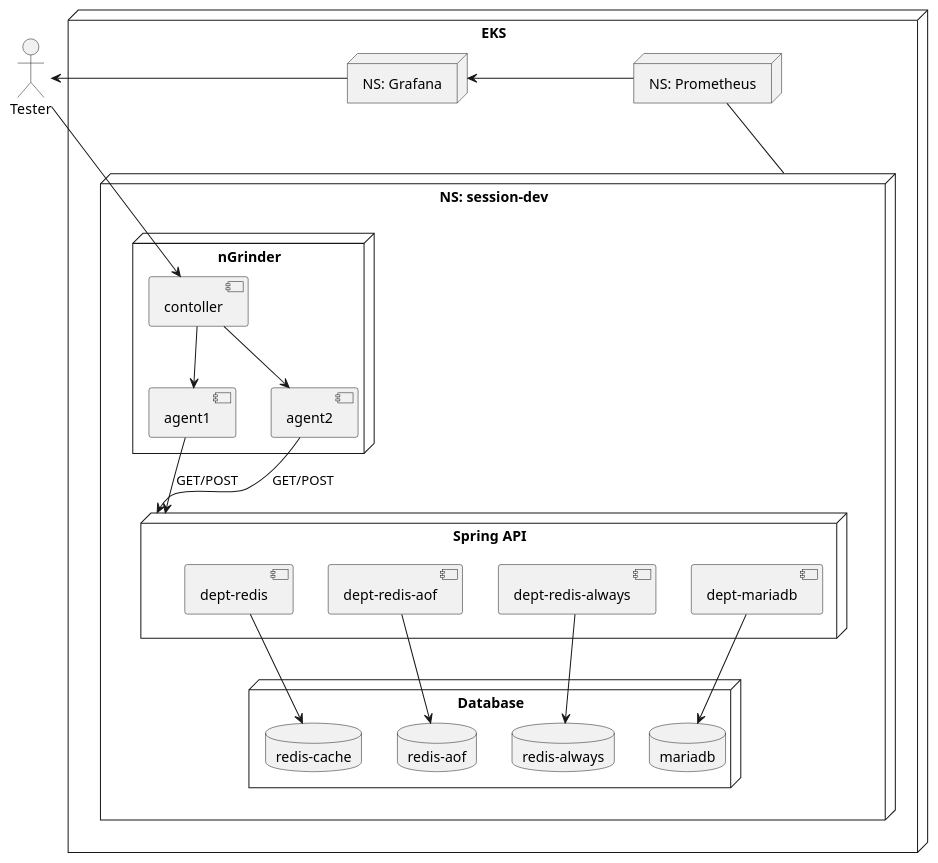
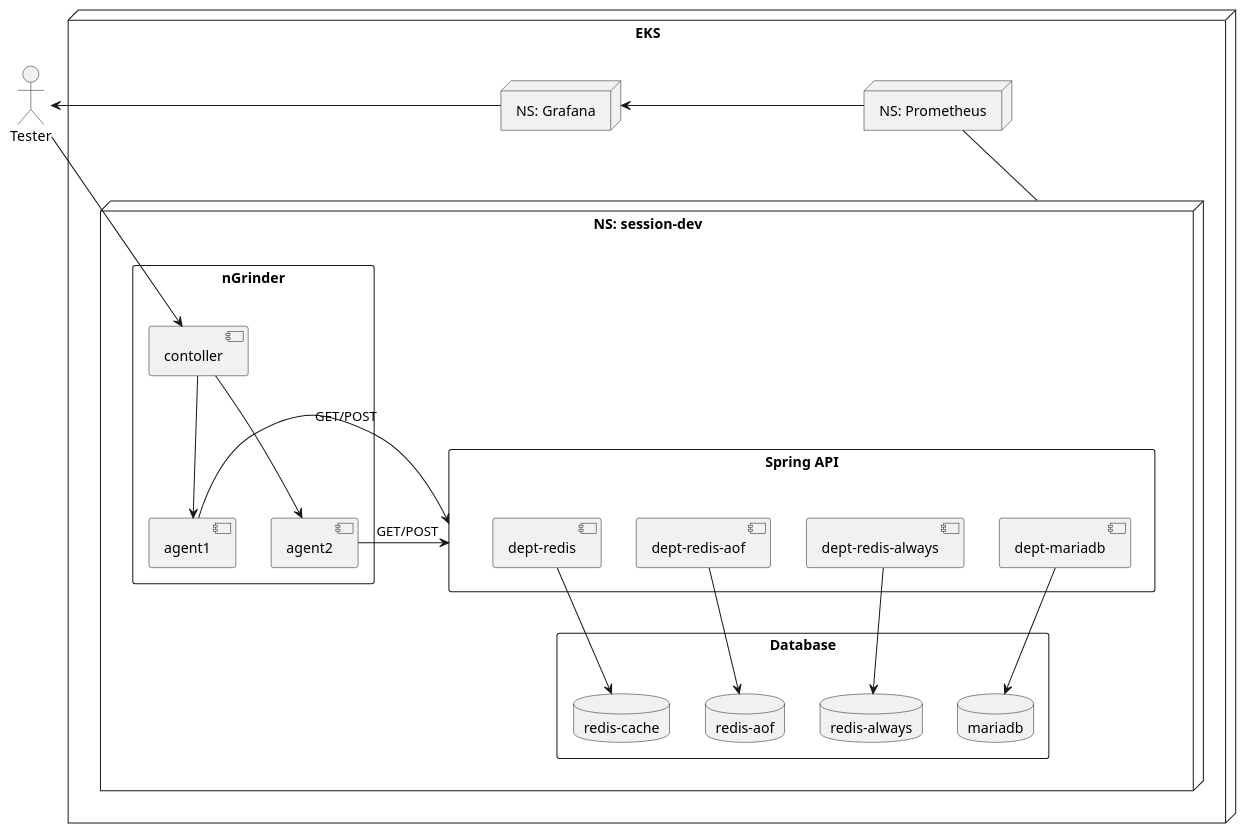
Before and after one commit to kloudbank/htdp1.github.io: the diagram in docs/src/sp1/redis.md, drawn with PlantUML.

Commit message:
edit test arch.

```diff
--- a/docs/src/sp1/redis.md
+++ b/docs/src/sp1/redis.md
@@ -44,42 +44,42 @@
 @startuml
 "Tester" as client
 node "EKS" as eks {
   node "NS: session-dev" as dev {
-    node "Database" as db {
+    rectangle "Database" as db {
       database "mariadb"
       database "redis-cache" as cache
       database "redis-aof" as aof
       database "redis-always" as always
     }
-    node "Spring API" as api {
+    rectangle "Spring API" as api {
       [dept-mariadb] as dept1
       [dept-redis] as dept
       [dept-redis-aof] as deptaof
       [dept-redis-always] as deptalways
     }
-    node "nGrinder" as ngrinder {
+    rectangle "nGrinder" as ngrinder {
       [contoller] as control
       [agent1] as agent1
       [agent2] as agent2
     }
   }
   node "NS: Prometheus" as prom {
 
   }
   node "NS: Grafana" as graf {
 
   }
 }
 client -right-> control
 control -down-> agent1
 control -down-> agent2
-agent1 --> api : GET/POST
-agent2 --> api : GET/POST
-dept1 -down-> mariadb
+agent1 -> api : GET/POST
+agent2 -> api : GET/POST
+dept1 --> mariadb
 dept -> cache
 deptaof -> aof
 deptalways -> always
 dev -up- prom
 prom -left-> graf
 client <- graf
 @enduml
```
